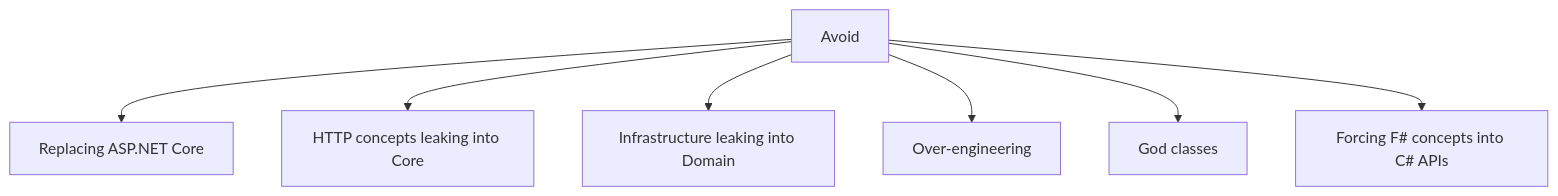
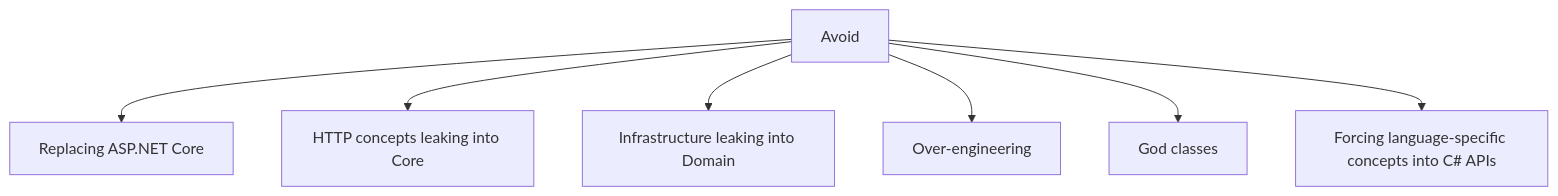
One commit to huideyeren/Kawa changed diagram 16 of 23 in docs/design-principles.md. Above: the diagram before and after it, drawn with Mermaid. The commit also changed other lines of this file and 13 other files, not shown here.

````diff
--- a/docs/design-principles.md
+++ b/docs/design-principles.md
@@ -744,10 +805,10 @@
 ```mermaid
 flowchart TD
     Bad[Avoid]
     Bad --> Replace[Replacing ASP.NET Core]
     Bad --> WebLeak[HTTP concepts leaking into Core]
     Bad --> InfraLeak[Infrastructure leaking into Domain]
     Bad --> Over[Over-engineering]
     Bad --> God[God classes]
-    Bad --> ForcedFSharp[Forcing F# concepts into C# APIs]
+    Bad --> ForcedLanguage[Forcing language-specific concepts into C# APIs]
 ```
````
